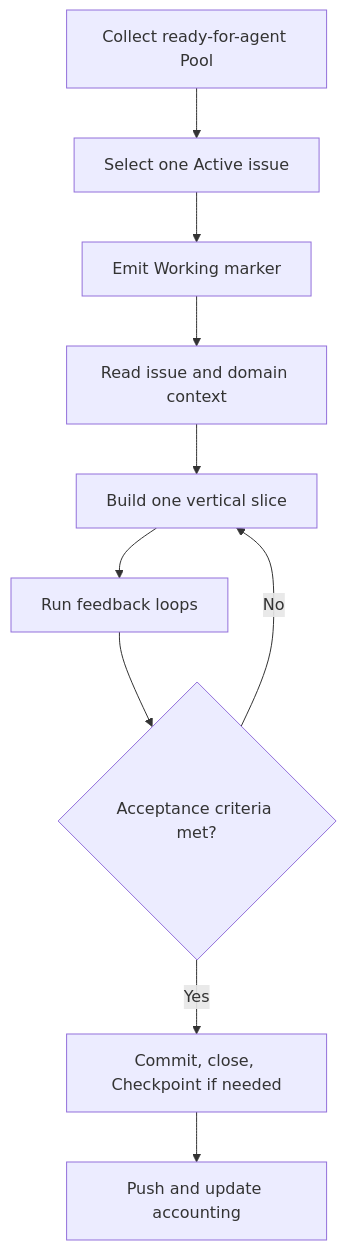
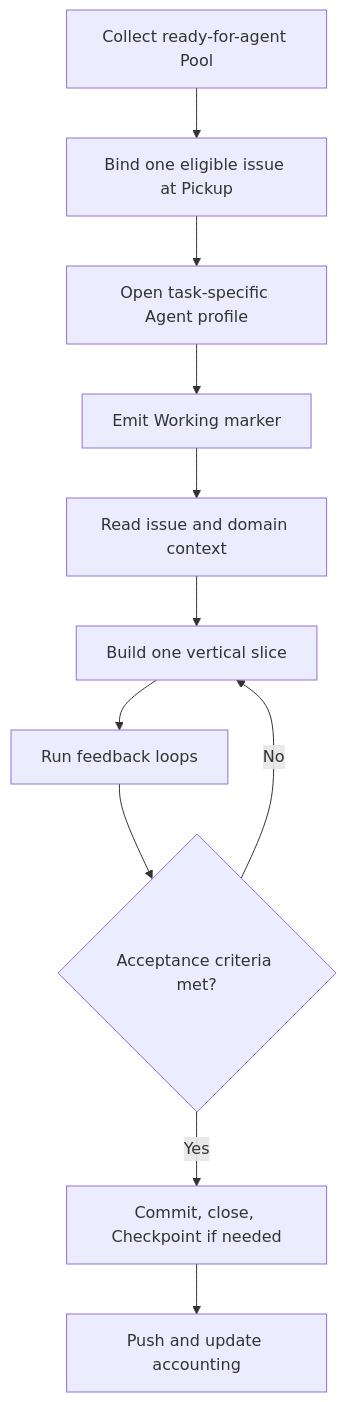
One commit to bradcstevens/git-loopy changed the second of 2 diagrams in docs/workflow.md. Above: the diagram before and after it, drawn with Mermaid. The commit also changed other lines of this file and 2 other files, not shown here.

````diff
--- a/docs/workflow.md
+++ b/docs/workflow.md
@@ -166,12 +179,13 @@
 ```mermaid
 flowchart TD
-    Pool["Collect ready-for-agent Pool"] --> Select["Select one Active issue"]
-    Select --> Marker["Emit Working marker"]
+    Pool["Collect ready-for-agent Pool"] --> Bind["Bind one eligible issue at Pickup"]
+    Bind --> Agent["Open task-specific Agent profile"]
+    Agent --> Marker["Emit Working marker"]
     Marker --> Context["Read issue and domain context"]
     Context --> Build["Build one vertical slice"]
     Build --> Feedback["Run feedback loops"]
     Feedback --> Done{"Acceptance criteria met?"}
     Done -- "No" --> Build
     Done -- "Yes" --> Persist["Commit, close, Checkpoint if needed"]
     Persist --> Push["Push and update accounting"]
 ```
````
